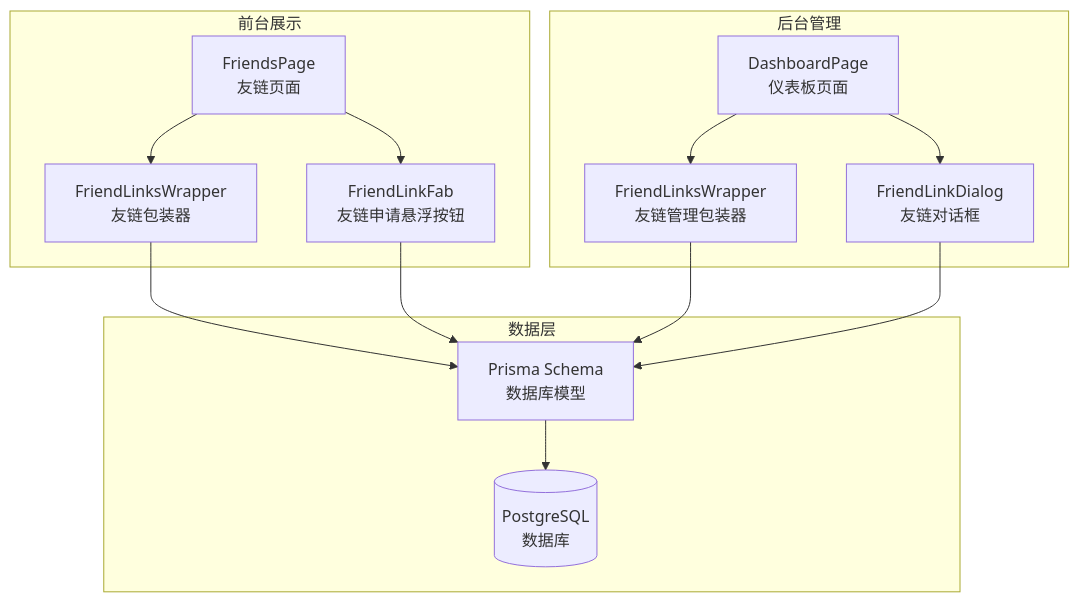
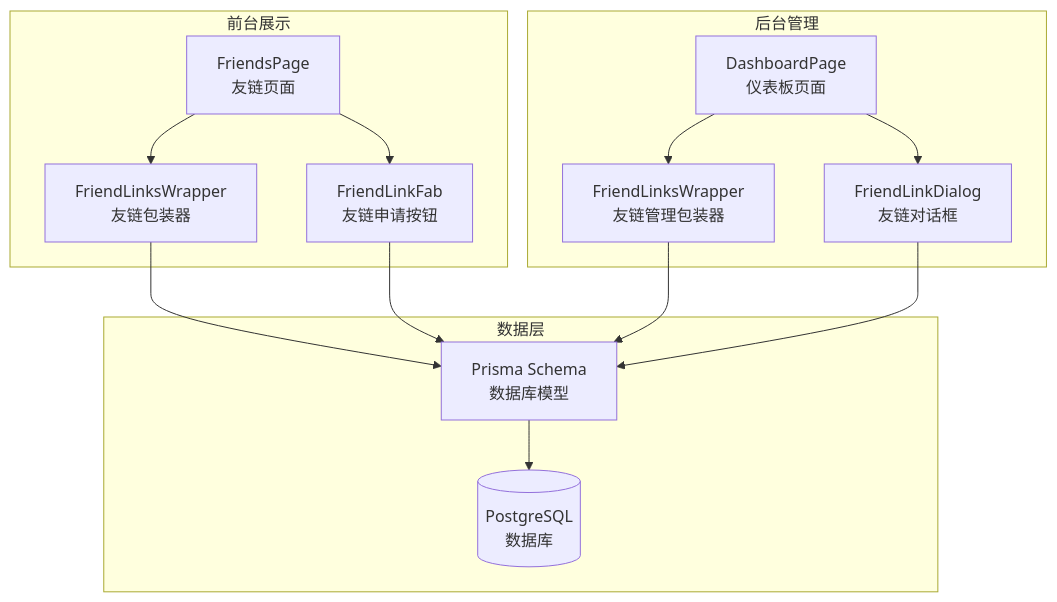
Before and after one commit to Mr-Groundhog/ground_hog: the first of 8 diagrams in .qoder/repowiki/zh/content/友链管理系统/友链申请流程.md, drawn with Mermaid. The commit also changed other lines of this file and 7 other files, not shown here.

````diff
--- a/.qoder/repowiki/zh/content/友链管理系统/友链申请流程.md
+++ b/.qoder/repowiki/zh/content/友链管理系统/友链申请流程.md
@@ -37,26 +48,26 @@
 ```mermaid
 graph TB
 subgraph "前台展示"
 FP[FriendsPage<br/>友链页面]
 FLW[FriendLinksWrapper<br/>友链包装器]
-FLF[FriendLinkFab<br/>友链申请悬浮按钮]
+FLF[FriendLinkFab<br/>友链申请按钮]
 end
 subgraph "后台管理"
 DFP[DashboardPage<br/>仪表板页面]
 DFW[FriendLinksWrapper<br/>友链管理包装器]
 DFD[FriendLinkDialog<br/>友链对话框]
 end
 subgraph "数据层"
 PRISMA[Prisma Schema<br/>数据库模型]
 DB[(PostgreSQL<br/>数据库)]
 end
 FP --> FLW
 FP --> FLF
 DFP --> DFW
 DFP --> DFD
 FLW --> PRISMA
 FLF --> PRISMA
 DFW --> PRISMA
 DFD --> PRISMA
 PRISMA --> DB
 ```
````
